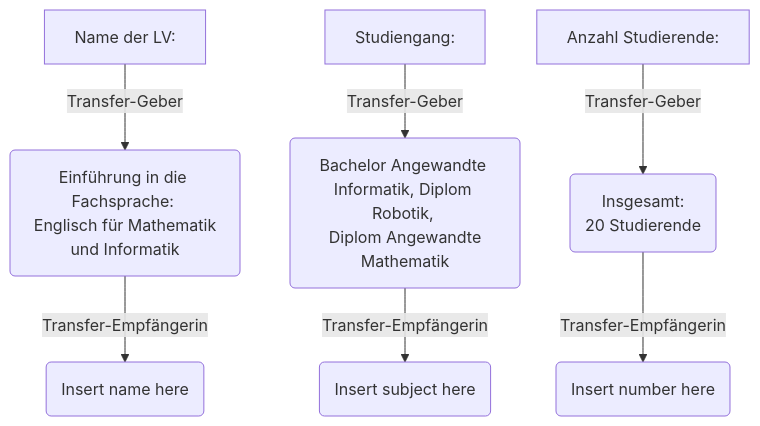
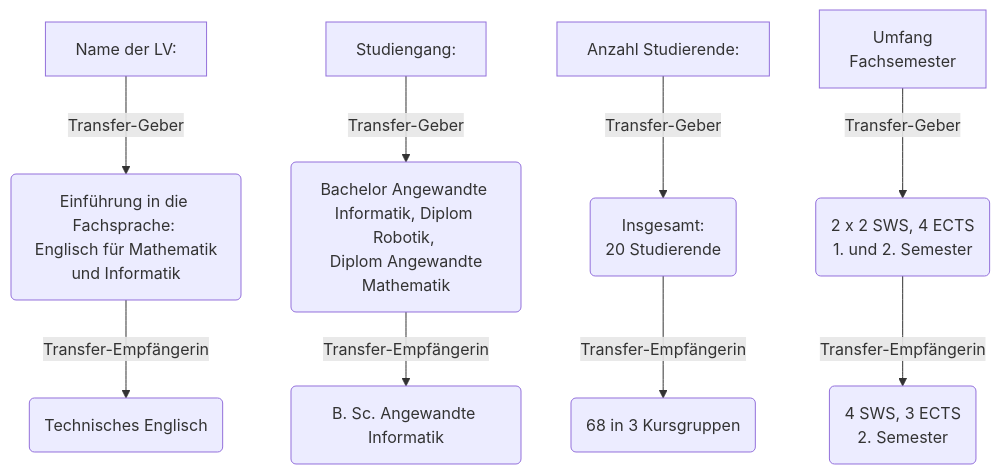
The fourth of 4 diagrams in pitch.md (markjjacob/df-pitch-2024), drawn with Mermaid before and after one commit. The commit also changed other lines of this file and 2 other files, not shown here.

````diff
--- a/pitch.md
+++ b/pitch.md
@@ -85,12 +85,15 @@
 ```mermaid @mermaid
 flowchart TB
     A[Name der LV:]
     A-->|Transfer-Geber| B(Einführung in die Fachsprache: <br> Englisch für Mathematik und Informatik)
     C[Studiengang:]
     C-->|Transfer-Geber| D(Bachelor Angewandte Informatik, Diplom Robotik, <br> Diplom Angewandte Mathematik)
     E[Anzahl Studierende:]
     E-->|Transfer-Geber| F(Insgesamt: <br> 20 Studierende)
-    B-->|Transfer-Empfängerin| G(Insert name here)
-    D-->|Transfer-Empfängerin| H(Insert subject here)
-    F-->|Transfer-Empfängerin| I(Insert number here)
+    B-->|Transfer-Empfängerin| G(Technisches Englisch)
+    D-->|Transfer-Empfängerin| H(B. Sc. Angewandte Informatik)
+    F-->|Transfer-Empfängerin| I(68 in 3 Kursgruppen)
+    J[Umfang <br> Fachsemester]
+    J-->|Transfer-Geber| K(2 x 2 SWS, 4 ECTS <br> 1. und 2. Semester)
+    K-->|Transfer-Empfängerin| L(4 SWS, 3 ECTS <br> 2. Semester)
 ```
````
